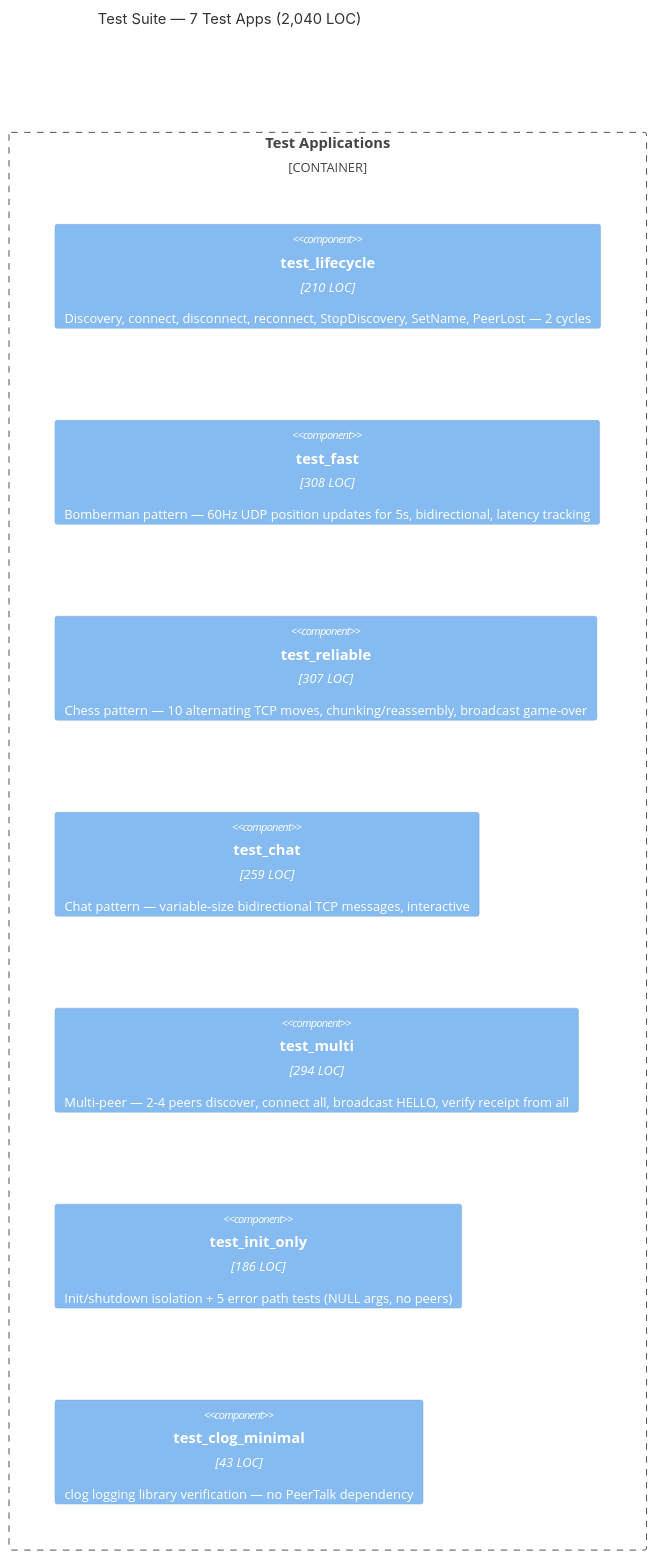
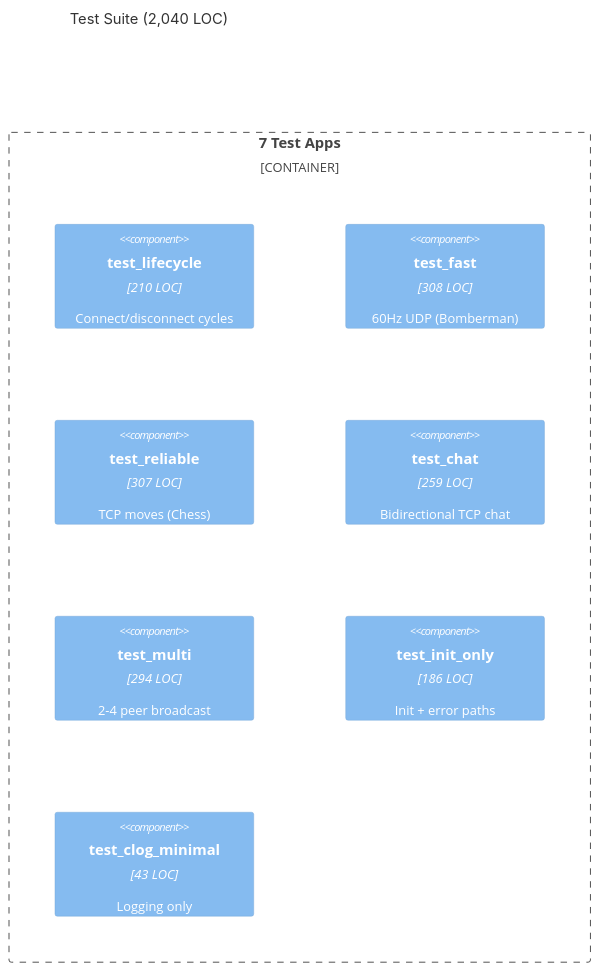
One commit to matthewdeaves/peertalk changed the seventh of 7 diagrams in ARCHITECTURE.md. Above: the diagram before and after it, drawn with Mermaid. The commit also changed other lines of this file, not shown here.

First line of the commit message:
docs: Shorten C4 diagram labels for clean Mermaid rendering

````diff
--- a/ARCHITECTURE.md
+++ b/ARCHITECTURE.md
@@ -150,14 +149,14 @@
 ```mermaid
 C4Component
-    title Test Suite — 7 Test Apps (2,040 LOC)
+    title Test Suite (2,040 LOC)
 
-    Container_Boundary(tests, "Test Applications") {
-        Component(t_life, "test_lifecycle", "210 LOC", "Discovery, connect, disconnect, reconnect, StopDiscovery, SetName, PeerLost — 2 cycles")
-        Component(t_fast, "test_fast", "308 LOC", "Bomberman pattern — 60Hz UDP position updates for 5s, bidirectional, latency tracking")
-        Component(t_rel, "test_reliable", "307 LOC", "Chess pattern — 10 alternating TCP moves, chunking/reassembly, broadcast game-over")
-        Component(t_chat, "test_chat", "259 LOC", "Chat pattern — variable-size bidirectional TCP messages, interactive")
-        Component(t_multi, "test_multi", "294 LOC", "Multi-peer — 2-4 peers discover, connect all, broadcast HELLO, verify receipt from all")
-        Component(t_init, "test_init_only", "186 LOC", "Init/shutdown isolation + 5 error path tests (NULL args, no peers)")
-        Component(t_clog, "test_clog_minimal", "43 LOC", "clog logging library verification — no PeerTalk dependency")
+    Container_Boundary(tests, "7 Test Apps") {
+        Component(t_life, "test_lifecycle", "210 LOC", "Connect/disconnect cycles")
+        Component(t_fast, "test_fast", "308 LOC", "60Hz UDP (Bomberman)")
+        Component(t_rel, "test_reliable", "307 LOC", "TCP moves (Chess)")
+        Component(t_chat, "test_chat", "259 LOC", "Bidirectional TCP chat")
+        Component(t_multi, "test_multi", "294 LOC", "2-4 peer broadcast")
+        Component(t_init, "test_init_only", "186 LOC", "Init + error paths")
+        Component(t_clog, "test_clog_minimal", "43 LOC", "Logging only")
     }
 ```
````
